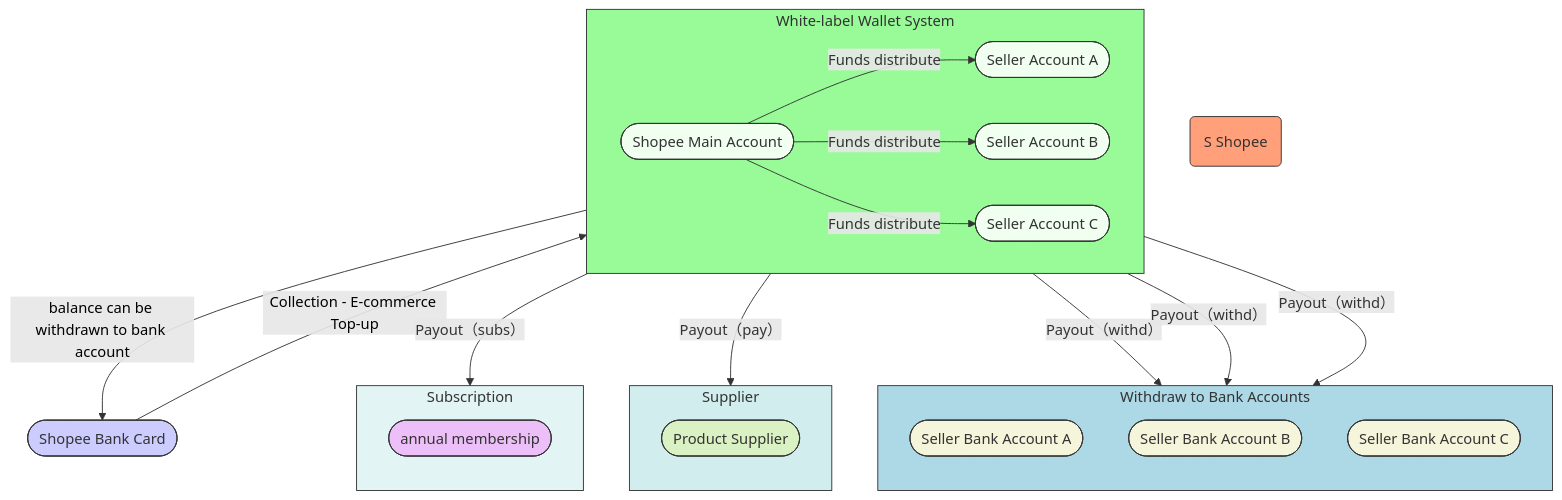
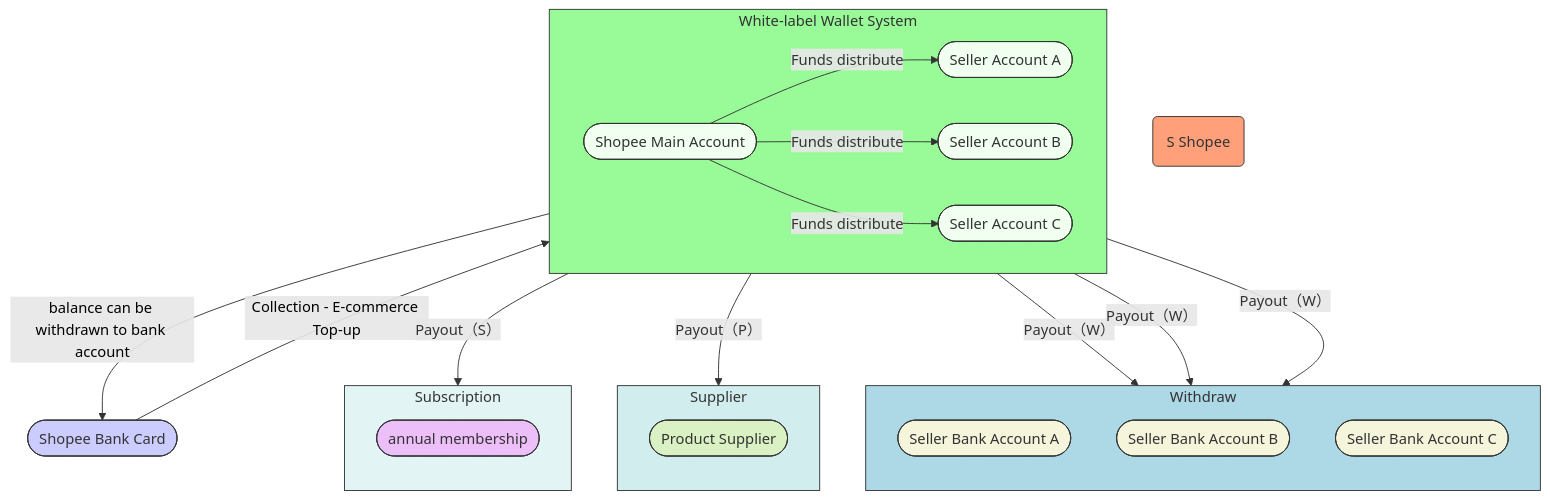
One commit to blaire101/data-warehouse-solutions changed the second of 2 diagrams in README.md. Above: the diagram before and after it, drawn with Mermaid.

````diff
--- a/README.md
+++ b/README.md
@@ -86,69 +86,69 @@
 ```mermaid
 graph TD
     %% Left side entities - Shopee above Shopee Bank Card
     Shopee(S Shopee)
     style Shopee fill:#FFA07A,stroke:#333,stroke-width:2px %% Adjusted to comfortable orange-yellow
     ShopeeBankCard([Shopee Bank Card])
     style ShopeeBankCard fill:#ccf,stroke:#333,stroke-width:2px %% Keep light blue for the card
 
     %% Central green box - White-label Official Wallet
     subgraph SG_Wallet_T["White-label Wallet System"]
         direction LR %% Internal layout is more left-to-right
         style SG_Wallet_T fill:#98FB98,stroke:#333,stroke-width:2px %% Changed to light green
         SMA([Shopee Main Account])
         style SMA fill:#F0FFF0,stroke:#333,stroke-width:2px %% Keep very pale green
         SA_A([Seller Account A])
         style SA_A fill:#F0FFF0,stroke:#333,stroke-width:2px %% Keep very pale green
         SA_B([Seller Account B])
         style SA_B fill:#F0FFF0,stroke:#333,stroke-width:2px %% Keep very pale green
         SA_C([Seller Account C])
         style SA_C fill:#F0FFF0,stroke:#333,stroke-width:2px %% Keep very pale green
 
         SMA -- "Funds distribute" --> SA_A
         SMA -- "Funds distribute" --> SA_B
         SMA -- "Funds distribute" --> SA_C
         linkStyle 0,1,2 stroke:#333,stroke-width:1px
     end
 
     %% Right blue box - Seller Bank Accounts
-    subgraph SG_SellerBanks["Withdraw to Bank Accounts"]
+    subgraph SG_SellerBanks["Withdraw"]
         direction TB %% Internal layout is top-to-bottom
         style SG_SellerBanks fill:#ADD8E6,stroke:#333,stroke-width:2px %% Changed to light blue
         SBA_A([Seller Bank Account A])
         style SBA_A fill:#F5F5DC,stroke:#333,stroke-width:2px %% Keep beige
         SBA_B([Seller Bank Account B])
         style SBA_B fill:#F5F5DC,stroke:#333,stroke-width:2px %% Keep beige
         SBA_C([Seller Bank Account C])
         style SBA_C fill:#F5F5DC,stroke:#333,stroke-width:2px %% Keep beige
     end
 
    %% Right blue box - Seller Product Supplier
     subgraph SZ_ProductSupplier["Supplier"]
         direction TB %% Internal layout is top-to-bottom
         style SZ_ProductSupplier fill:#ADD8,stroke:#333,stroke-width:2px %% Changed to light blue
         SPS_A([Product Supplier])
         style SPS_A fill:#FF23,stroke:#333,stroke-width:2px %% Keep beige
     end
 
     %% Right blue box - Seller Annual Subscription Plan
     subgraph Subs["Subscription"]
         direction TB %% Internal layout is top-to-bottom
         style Subs fill:#ADD5,stroke:#333,stroke-width:1px %% Changed to light blue
         SASP_C([annual membership])
         style SASP_C fill:#F5F5,stroke:#333,stroke-width:1px %% Keep beige
     end
 
     %% Connections between main sections
     ShopeeBankCard --> |Collection - E-commerce Top-up| SMA
     linkStyle 3 stroke:#333,stroke-width:1px,color:#000
 
     SMA --> |balance can be withdrawn to bank account| ShopeeBankCard
     linkStyle 4 stroke:#333,stroke-width:1px,color:#000
 
-    SA_A --> |Payout（withd）| SBA_A
-    SA_A --> |Payout（pay）| SPS_A
-    SA_C --> |Payout（subs）| SASP_C
-    SA_B --> |Payout（withd）| SBA_B
-    SA_C --> |Payout（withd）| SBA_C
+    SA_A --> |Payout（W）| SBA_A
+    SA_A --> |Payout（P）| SPS_A
+    SA_C --> |Payout（S）| SASP_C
+    SA_B --> |Payout（W）| SBA_B
+    SA_C --> |Payout（W）| SBA_C
     linkStyle 5,6,7 stroke:#333,stroke-width:1px
 ```
````
